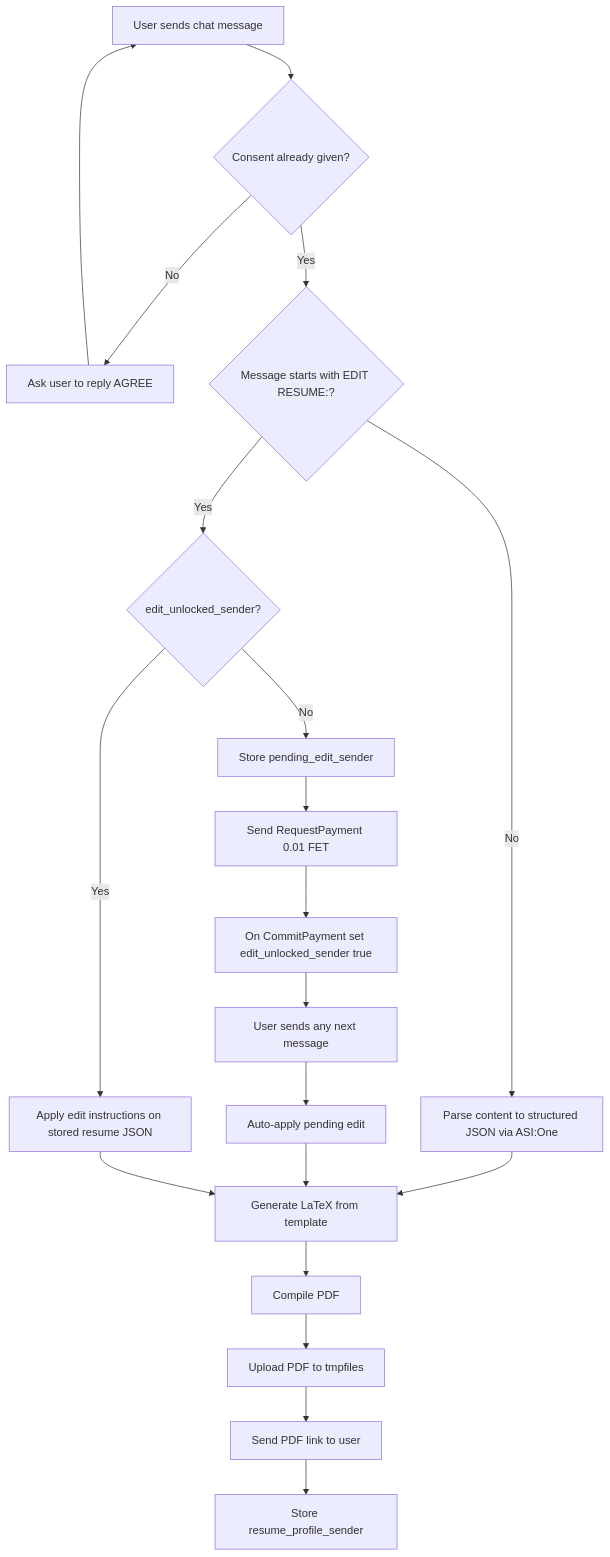
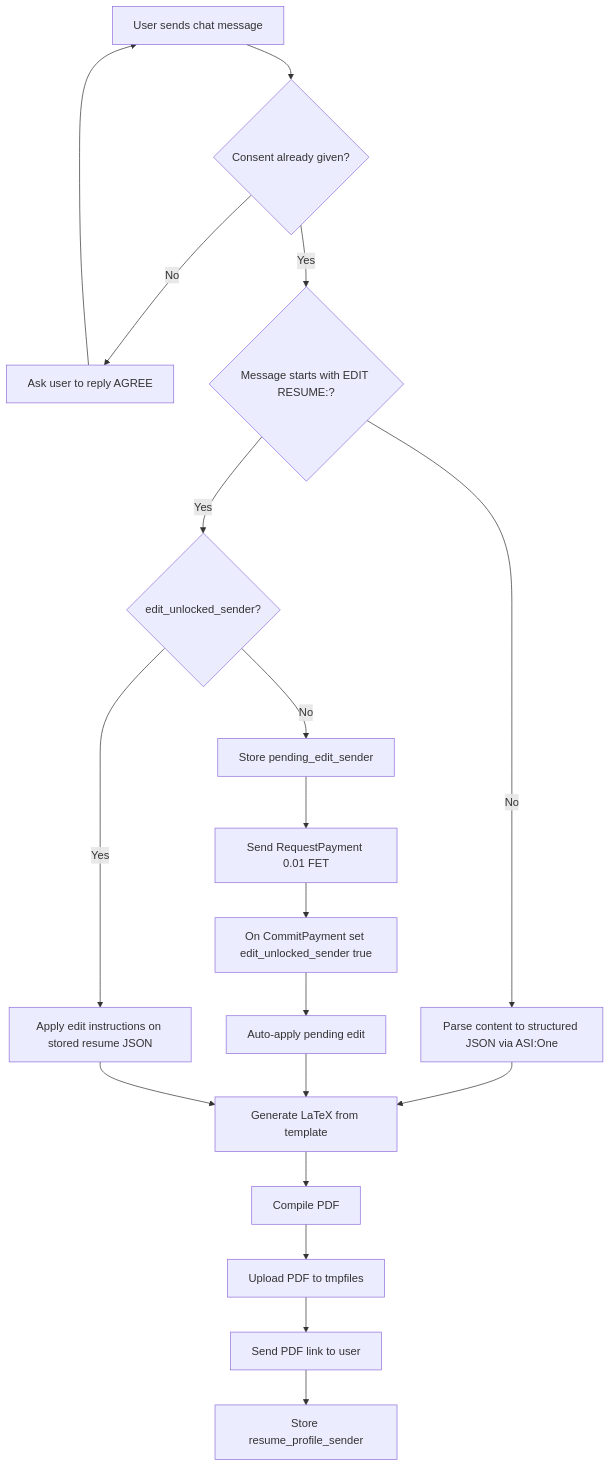
Before and after one commit to jettpihu/Resume_agent: the diagram in README.md, drawn with Mermaid. The commit also changed other lines of this file, not shown here.

````diff
--- a/README.md
+++ b/README.md
@@ -30,25 +54,24 @@
 ```mermaid
 flowchart TD
     A[User sends chat message] --> B{Consent already given?}
     B -- No --> C[Ask user to reply AGREE]
     C --> A
     B -- Yes --> D{Message starts with EDIT RESUME:?}
 
     D -- No --> E[Parse content to structured JSON via ASI:One]
     E --> F[Generate LaTeX from template]
     F --> G[Compile PDF]
     G --> H[Upload PDF to tmpfiles]
     H --> I[Send PDF link to user]
     I --> J[Store resume_profile_sender]
 
     D -- Yes --> K{edit_unlocked_sender?}
     K -- No --> L[Store pending_edit_sender]
     L --> M[Send RequestPayment 0.01 FET]
     M --> N[On CommitPayment set edit_unlocked_sender true]
-    N --> O[User sends any next message]
-    O --> P[Auto-apply pending edit]
+    N --> P[Auto-apply pending edit]
     P --> F
 
     K -- Yes --> Q[Apply edit instructions on stored resume JSON]
     Q --> F
 ```
````
